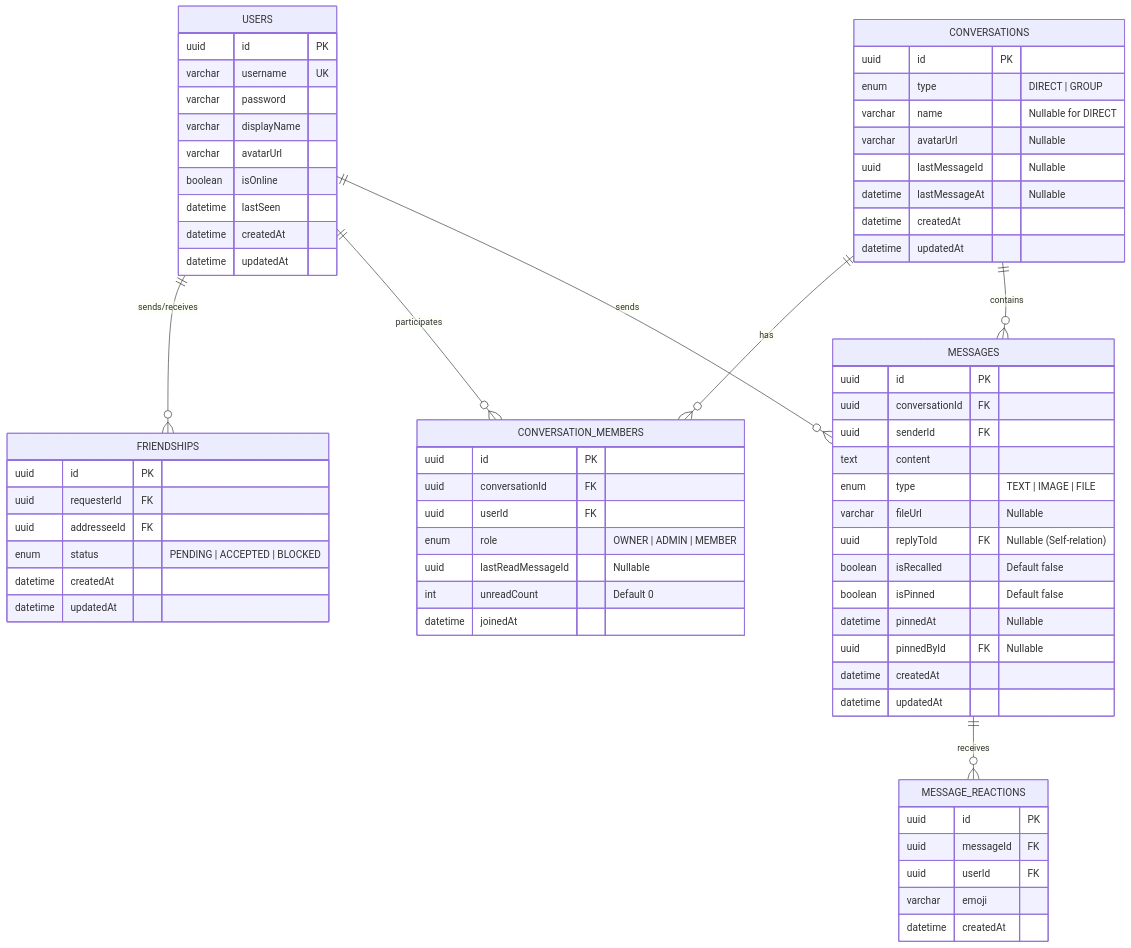
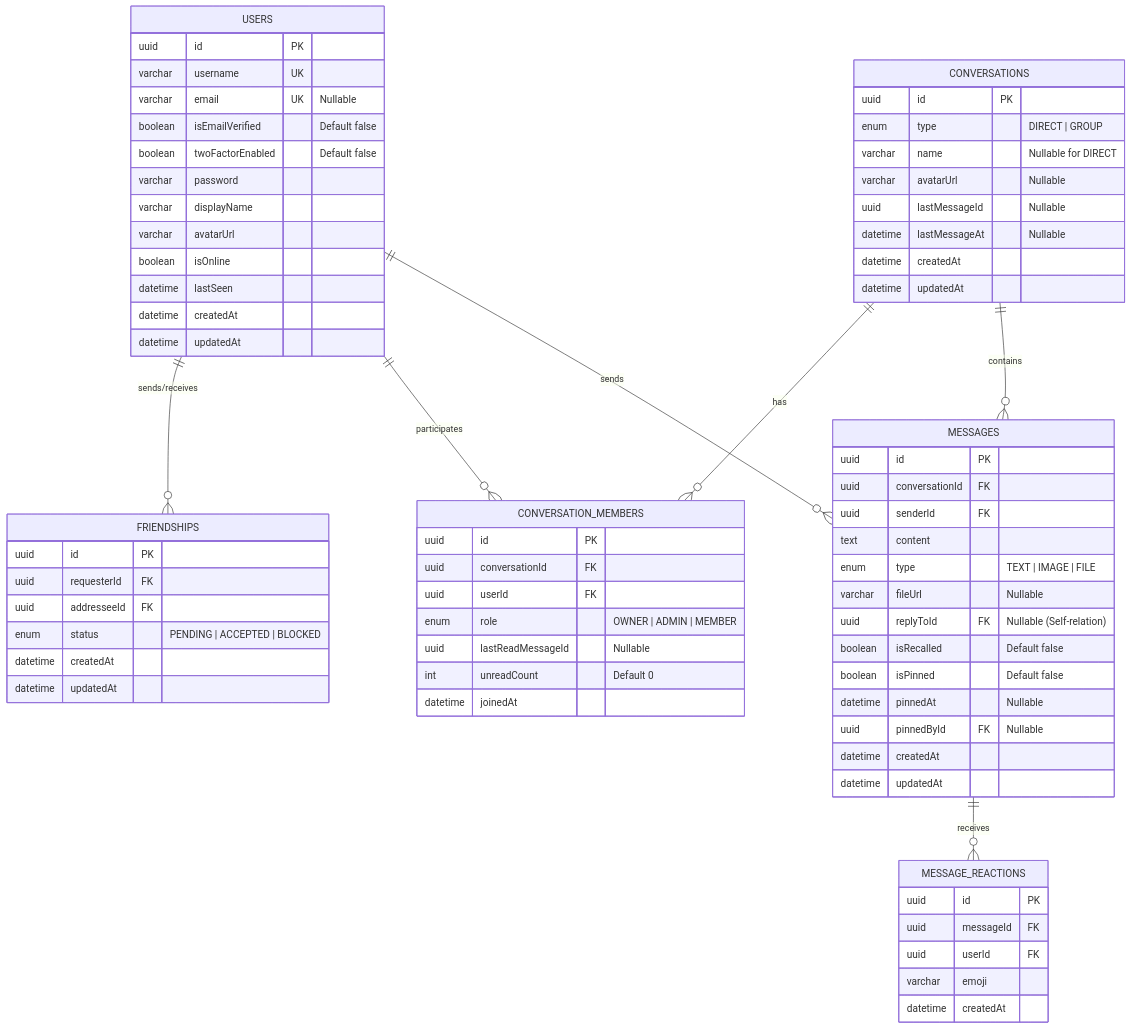
The diagram in SPEC.md (longtrandev2/ReChat), drawn with Mermaid before and after one commit. The commit also changed other lines of this file and 2 other files, not shown here.

Commit message:
docs(spec): upgrade system spec to v3.0 with next-gen auth, 2fa, and redis architecture

````diff
--- a/SPEC.md
+++ b/SPEC.md
@@ -150,75 +176,78 @@
 ```mermaid
 erDiagram
     USERS ||--o{ FRIENDSHIPS : "sends/receives"
     USERS ||--o{ CONVERSATION_MEMBERS : "participates"
     CONVERSATIONS ||--o{ CONVERSATION_MEMBERS : "has"
     CONVERSATIONS ||--o{ MESSAGES : "contains"
     USERS ||--o{ MESSAGES : "sends"
     MESSAGES ||--o{ MESSAGE_REACTIONS : "receives"
 
     USERS {
         uuid id PK
         varchar username UK
+        varchar email UK "Nullable"
+        boolean isEmailVerified "Default false"
+        boolean twoFactorEnabled "Default false"
         varchar password
         varchar displayName
         varchar avatarUrl
         boolean isOnline
         datetime lastSeen
         datetime createdAt
         datetime updatedAt
     }
 
     FRIENDSHIPS {
         uuid id PK
         uuid requesterId FK
         uuid addresseeId FK
         enum status "PENDING | ACCEPTED | BLOCKED"
         datetime createdAt
         datetime updatedAt
     }
 
     CONVERSATIONS {
         uuid id PK
         enum type "DIRECT | GROUP"
         varchar name "Nullable for DIRECT"
         varchar avatarUrl "Nullable"
         uuid lastMessageId "Nullable"
         datetime lastMessageAt "Nullable"
         datetime createdAt
         datetime updatedAt
     }
 
     CONVERSATION_MEMBERS {
         uuid id PK
         uuid conversationId FK
         uuid userId FK
         enum role "OWNER | ADMIN | MEMBER"
         uuid lastReadMessageId "Nullable"
         int unreadCount "Default 0"
         datetime joinedAt
     }
 
     MESSAGES {
         uuid id PK
         uuid conversationId FK
         uuid senderId FK
         text content
         enum type "TEXT | IMAGE | FILE"
         varchar fileUrl "Nullable"
         uuid replyToId FK "Nullable (Self-relation)"
         boolean isRecalled "Default false"
         boolean isPinned "Default false"
         datetime pinnedAt "Nullable"
         uuid pinnedById FK "Nullable"
         datetime createdAt
         datetime updatedAt
     }
 
     MESSAGE_REACTIONS {
         uuid id PK
         uuid messageId FK
         uuid userId FK
         varchar emoji
         datetime createdAt
     }
 ```
````
